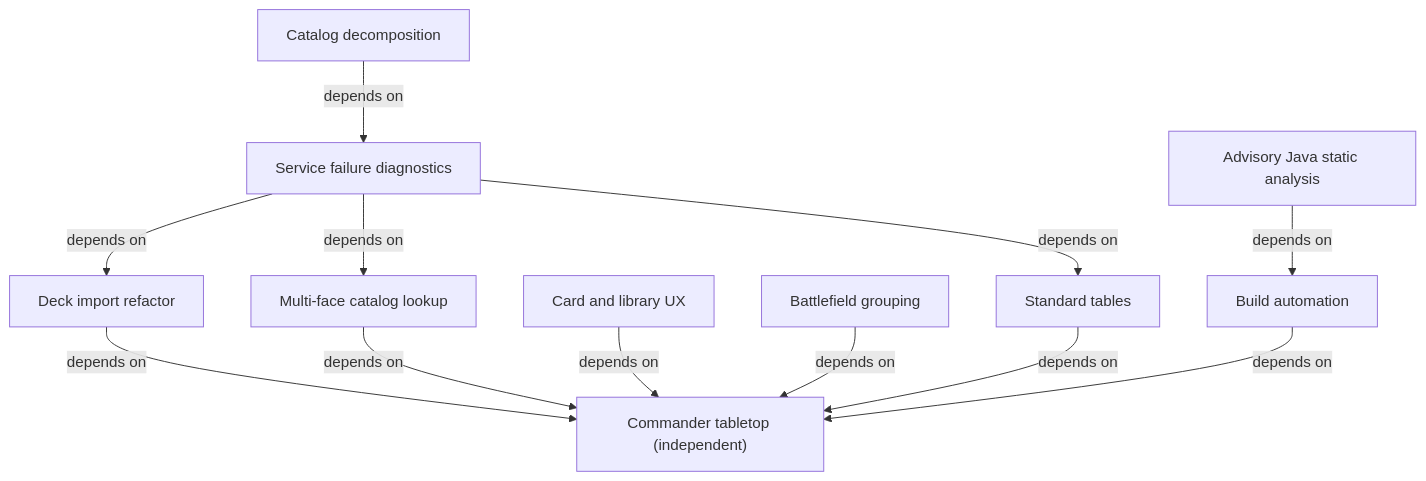
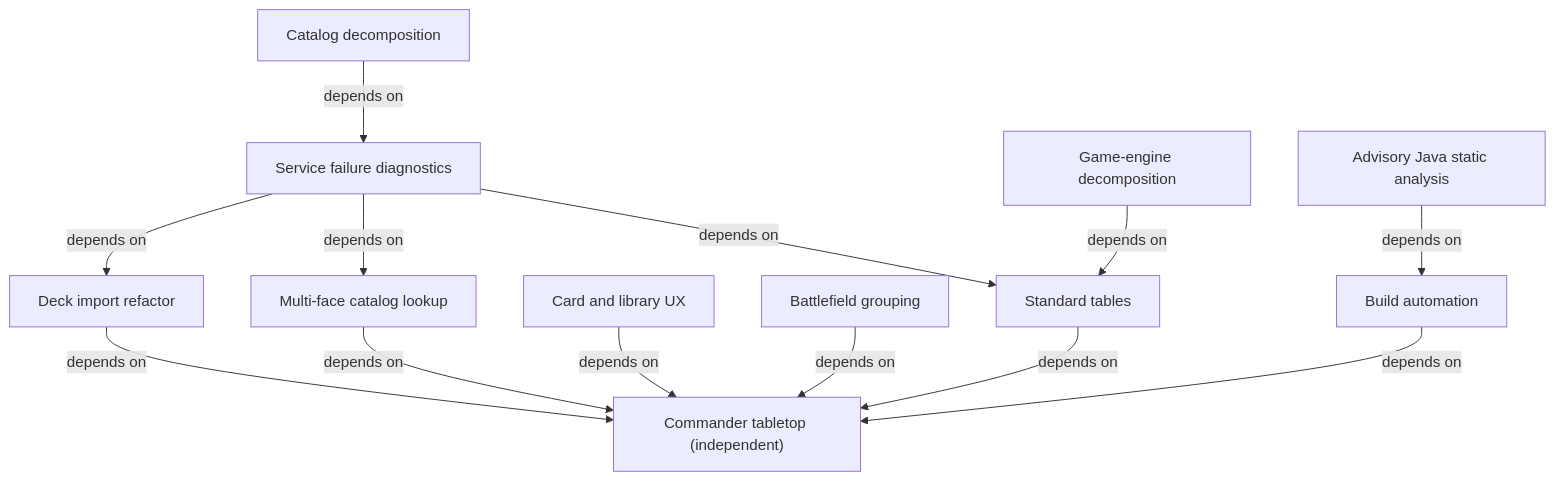
One commit to gossagomez-new/mtgcmd changed the diagram in spec/INDEX.md. Above: the diagram before and after it, drawn with Mermaid. The commit also changed other lines of this file and 19 other files, not shown here.

````diff
--- a/spec/INDEX.md
+++ b/spec/INDEX.md
@@ -20,24 +21,26 @@
 ```mermaid
 flowchart TD
     tabletop["Commander tabletop (independent)"]
     build["Build automation"]
     analysis["Advisory Java static analysis"]
     analysis -->|depends on| build
     imports["Deck import refactor"]
     imports -->|depends on| tabletop
     catalog["Multi-face catalog lookup"]
     catalog -->|depends on| tabletop
     ux["Card and library UX"]
     ux -->|depends on| tabletop
     grouping["Battlefield grouping"]
     grouping -->|depends on| tabletop
     standard["Standard tables"]
     standard -->|depends on| tabletop
     diagnostics["Service failure diagnostics"]
     diagnostics -->|depends on| imports
     diagnostics -->|depends on| catalog
     diagnostics -->|depends on| standard
     decomposition["Catalog decomposition"]
     decomposition -->|depends on| diagnostics
+    engine["Game-engine decomposition"]
+    engine -->|depends on| standard
     build -->|depends on| tabletop
 ```
````
